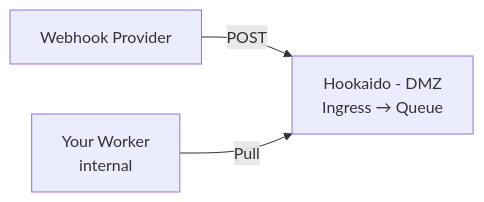
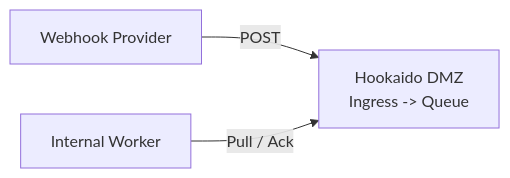
The diagram in docs/index.md (nuetzliches/hookaido), drawn with Mermaid before and after one commit. The commit also changed other lines of this file and 6 other files, not shown here.

````diff
--- a/docs/index.md
+++ b/docs/index.md
@@ -16,5 +46,5 @@
 ```mermaid
 graph LR
-    WP[Webhook Provider] -->|POST| HK[Hookaido - DMZ<br>Ingress → Queue]
-    YW[Your Worker<br>internal] -->|Pull| HK
+    WP[Webhook Provider] -->|POST| HK[Hookaido DMZ<br>Ingress -> Queue]
+    YW[Internal Worker] -->|Pull / Ack| HK
 ```
````
